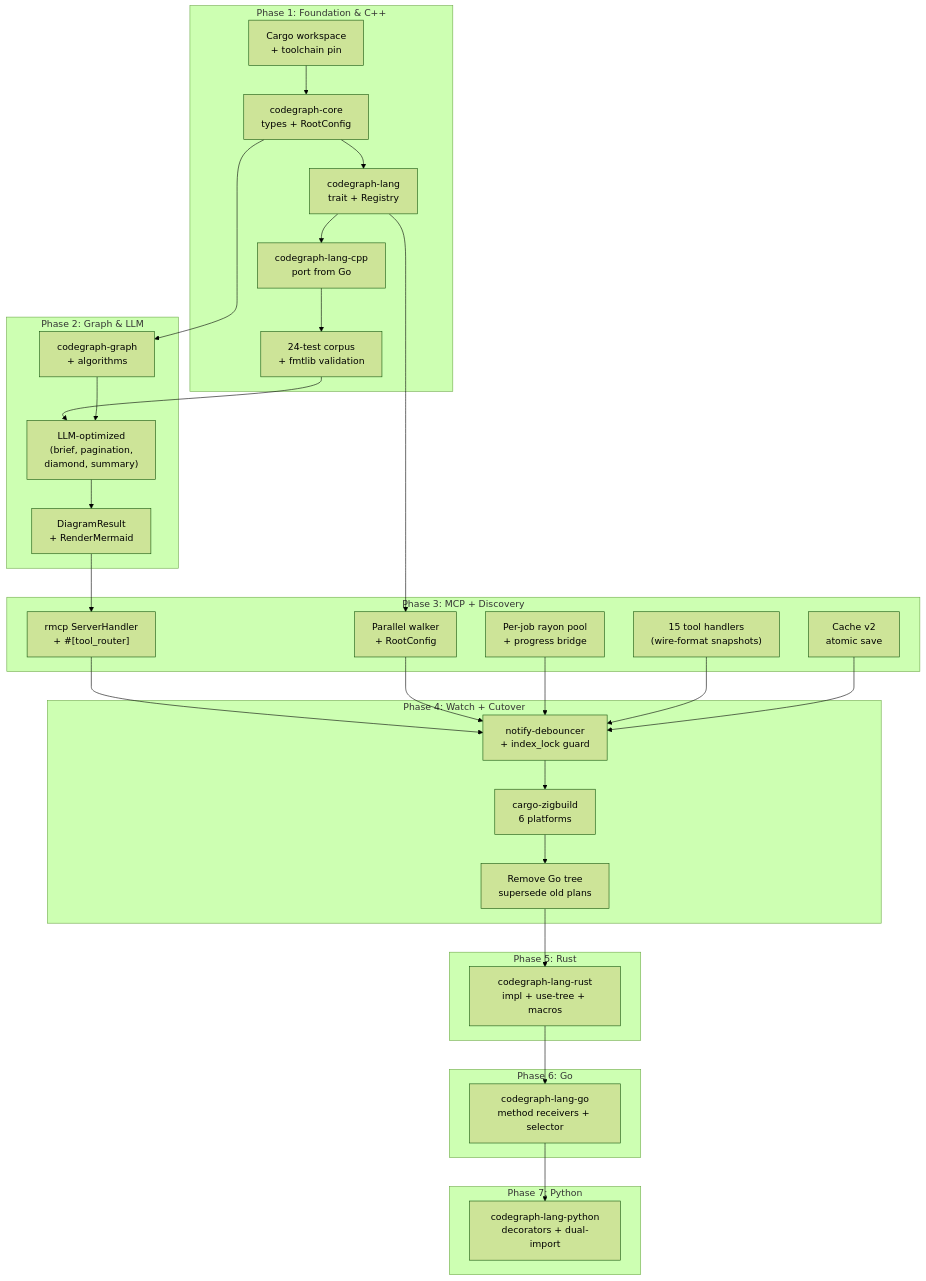
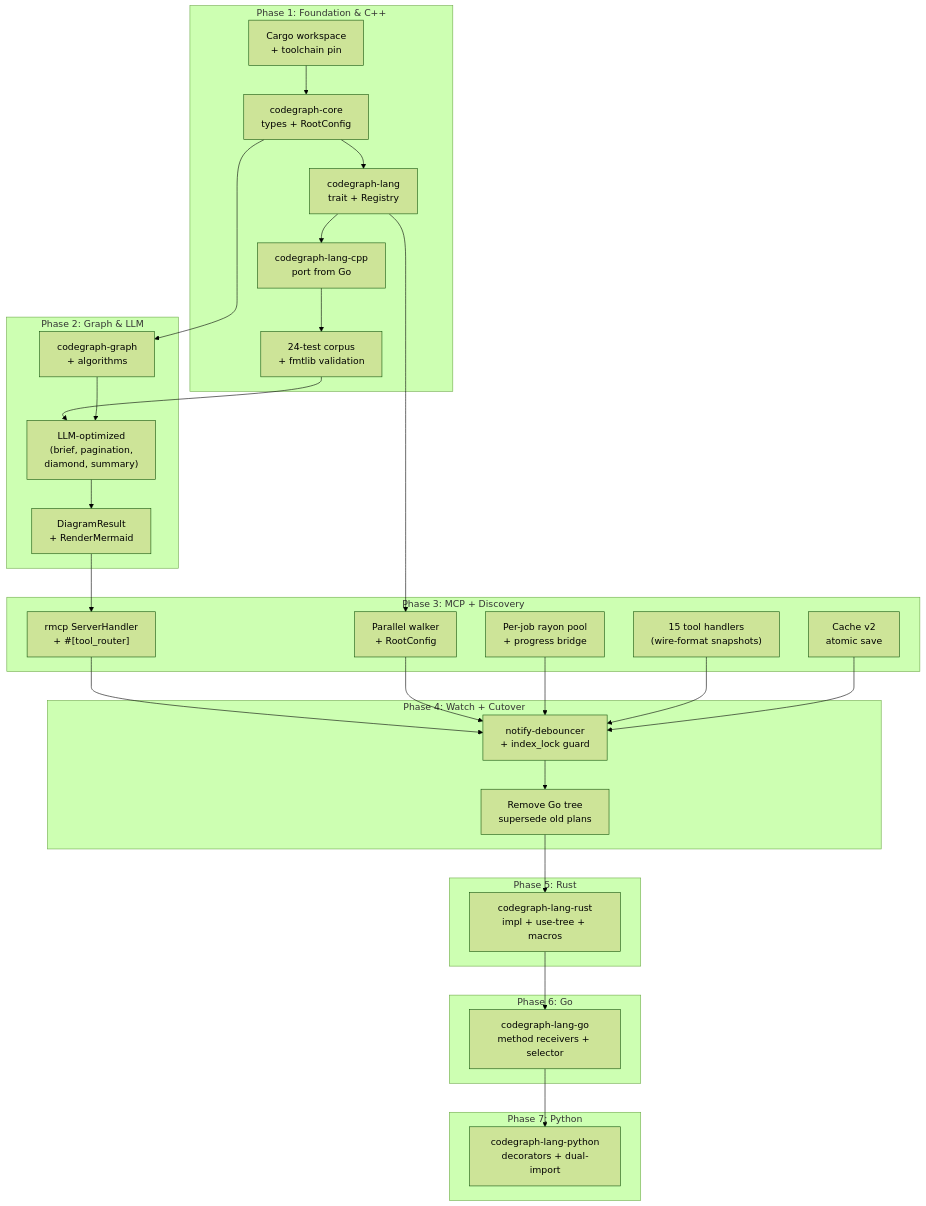
One commit to danweinerdev/code-graph-mcp changed the diagram in .plans/Plans/Active/RustRewrite/README.md. Above: the diagram before and after it, drawn with Mermaid (forest theme). The commit also changed other lines of this file and 6 other files, not shown here.

````diff
--- a/.plans/Plans/Active/RustRewrite/README.md
+++ b/.plans/Plans/Active/RustRewrite/README.md
@@ -71,52 +71,51 @@
 ```mermaid
 graph TD
     subgraph Phase1["Phase 1: Foundation & C++"]
       WS["Cargo workspace<br/>+ toolchain pin"]
       Core["codegraph-core<br/>types + RootConfig"]
       Lang["codegraph-lang<br/>trait + Registry"]
       Cpp["codegraph-lang-cpp<br/>port from Go"]
       Test1["24-test corpus<br/>+ fmtlib validation"]
     end
 
     subgraph Phase2["Phase 2: Graph & LLM"]
       Graph["codegraph-graph<br/>+ algorithms"]
       LLM["LLM-optimized<br/>(brief, pagination,<br/>diamond, summary)"]
       Diagram["DiagramResult<br/>+ RenderMermaid"]
     end
 
     subgraph Phase3["Phase 3: MCP + Discovery"]
       Server["rmcp ServerHandler<br/>+ #[tool_router]"]
       Discovery["Parallel walker<br/>+ RootConfig"]
       Indexer["Per-job rayon pool<br/>+ progress bridge"]
       Tools["15 tool handlers<br/>(wire-format snapshots)"]
       Persist["Cache v2<br/>atomic save"]
     end
 
     subgraph Phase4["Phase 4: Watch + Cutover"]
       Watch["notify-debouncer<br/>+ index_lock guard"]
-      Xcomp["cargo-zigbuild<br/>6 platforms"]
       Cut["Remove Go tree<br/>supersede old plans"]
     end
 
     subgraph Phase5["Phase 5: Rust"]
       RustP["codegraph-lang-rust<br/>impl + use-tree + macros"]
     end
 
     subgraph Phase6["Phase 6: Go"]
       GoP["codegraph-lang-go<br/>method receivers + selector"]
     end
 
     subgraph Phase7["Phase 7: Python"]
       PyP["codegraph-lang-python<br/>decorators + dual-import"]
     end
 
     WS --> Core --> Lang --> Cpp --> Test1
     Core --> Graph
     Test1 --> LLM
     Graph --> LLM --> Diagram
     Diagram --> Server
     Lang --> Discovery
     Server & Discovery & Indexer & Tools & Persist --> Watch
-    Watch --> Xcomp --> Cut
+    Watch --> Cut
     Cut --> RustP --> GoP --> PyP
 ```
````
